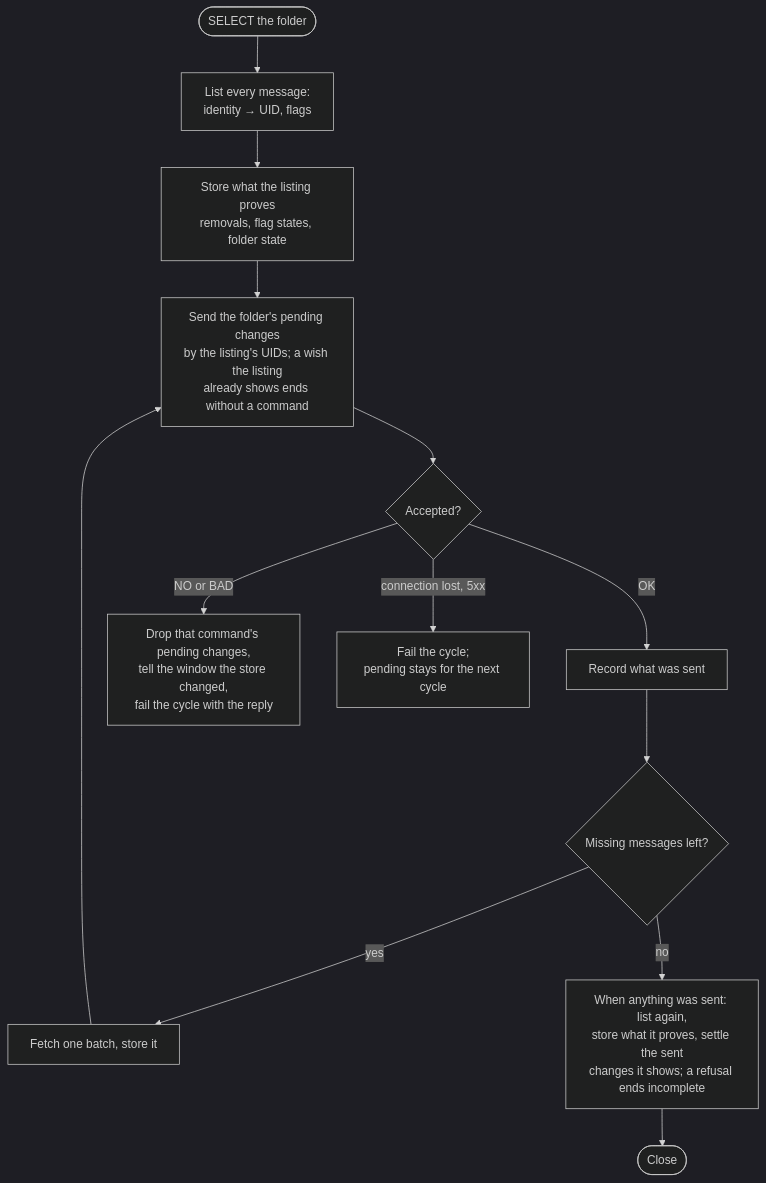
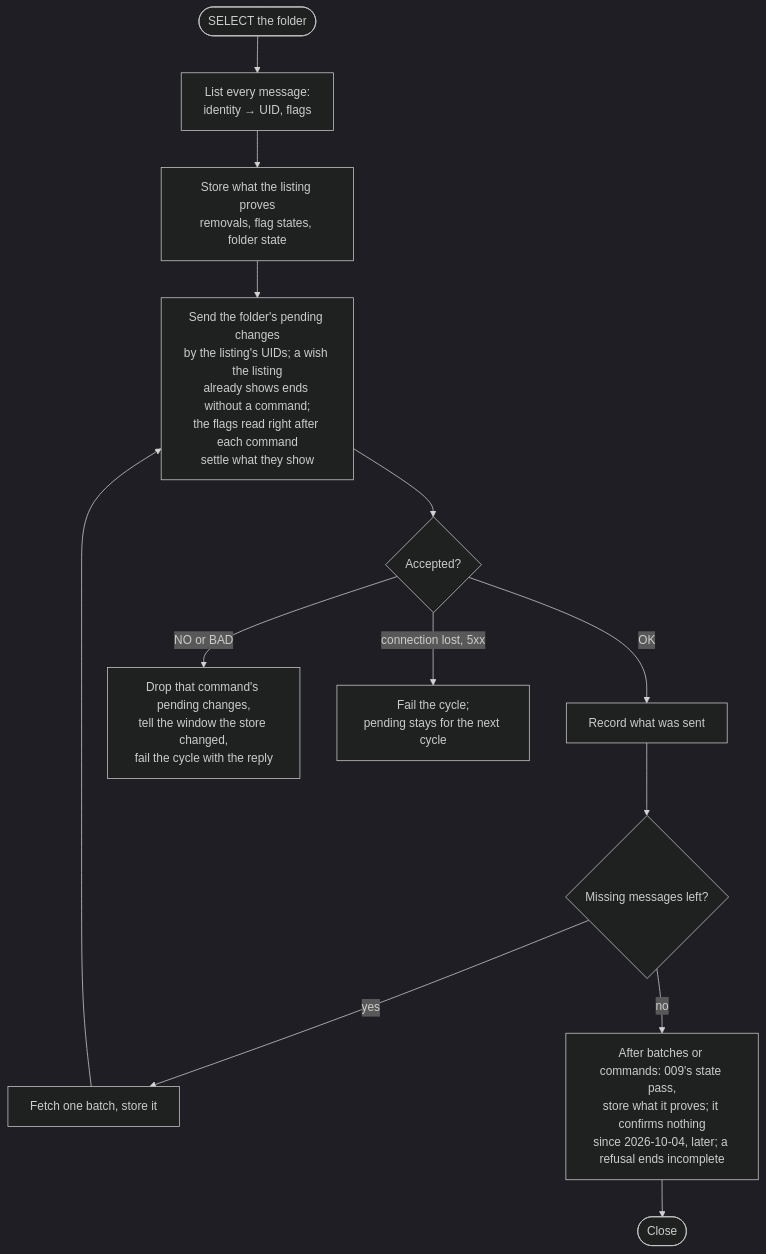
Before and after one commit to mitinand/gnome-mailbag: the second of 2 diagrams in specs/011-read-and-star/plan.md, drawn with Mermaid (dark theme). The commit also changed other lines of this file and 11 other files, not shown here.

Commit message:
docs(flags): confirm a flag command by the flags read after it; constitution VIII

````diff
--- a/specs/011-read-and-star/plan.md
+++ b/specs/011-read-and-star/plan.md
@@ -109,15 +110,15 @@
 ```mermaid
 flowchart TD
     open([SELECT the folder]) --> list[List every message:<br/>identity → UID, flags]
     list --> storelist[Store what the listing proves<br/>removals, flag states, folder state]
-    storelist --> send[Send the folder's pending changes<br/>by the listing's UIDs; a wish the listing<br/>already shows ends without a command]
+    storelist --> send[Send the folder's pending changes<br/>by the listing's UIDs; a wish the listing<br/>already shows ends without a command;<br/>the flags read right after each command<br/>settle what they show]
     send --> ok{Accepted?}
     ok -->|OK| settle[Record what was sent]
     ok -->|NO or BAD| drop[Drop that command's pending changes,<br/>tell the window the store changed,<br/>fail the cycle with the reply]
     ok -->|connection lost, 5xx| lost[Fail the cycle;<br/>pending stays for the next cycle]
     settle --> more{Missing messages left?}
     more -->|yes| batch[Fetch one batch, store it]
     batch --> send
-    more -->|no| relist[When anything was sent: list again,<br/>store what it proves, settle the sent<br/>changes it shows; a refusal ends incomplete]
+    more -->|no| relist[After batches or commands: 009's state pass,<br/>store what it proves; it confirms nothing<br/>since 2026-10-04, later; a refusal ends incomplete]
     relist --> done([Close])
 ```
````
